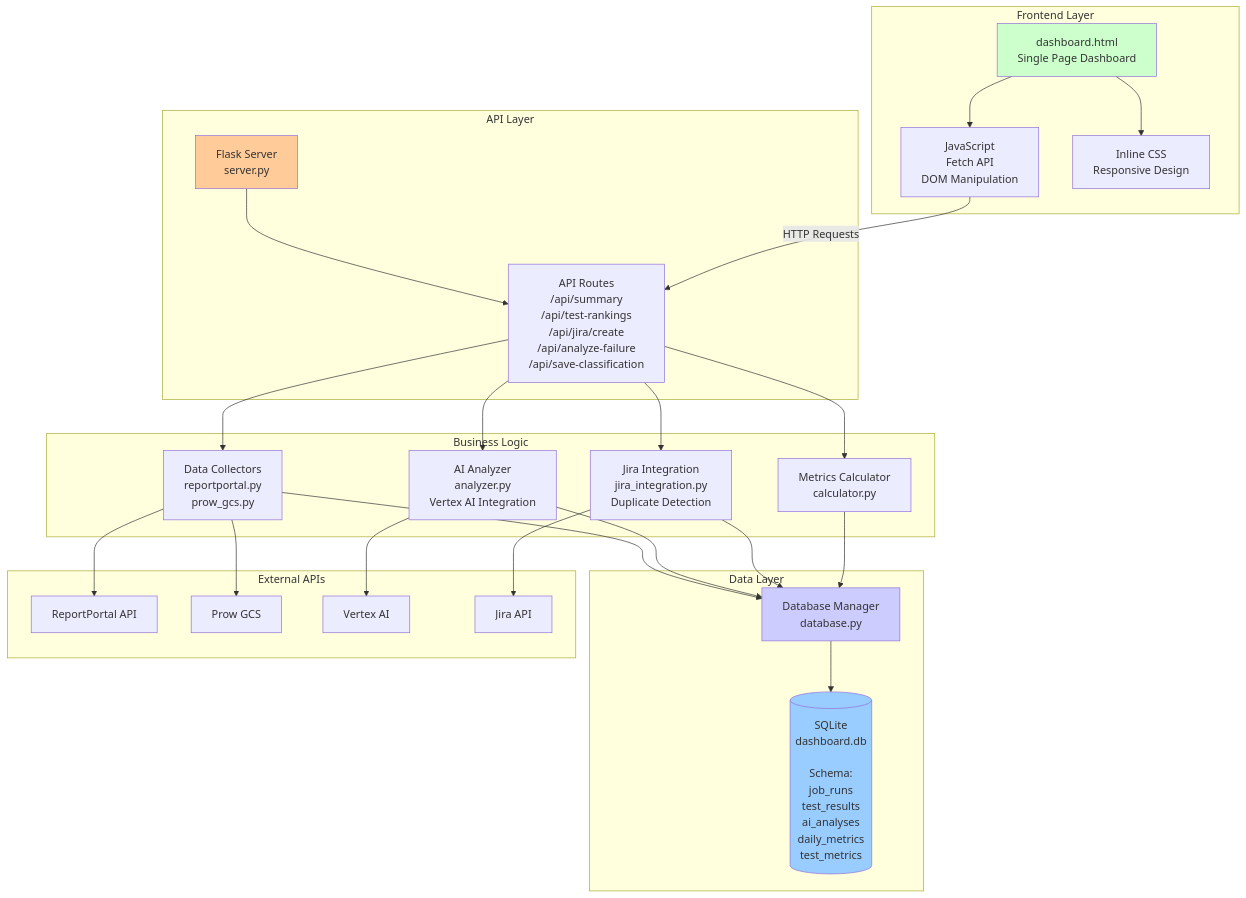
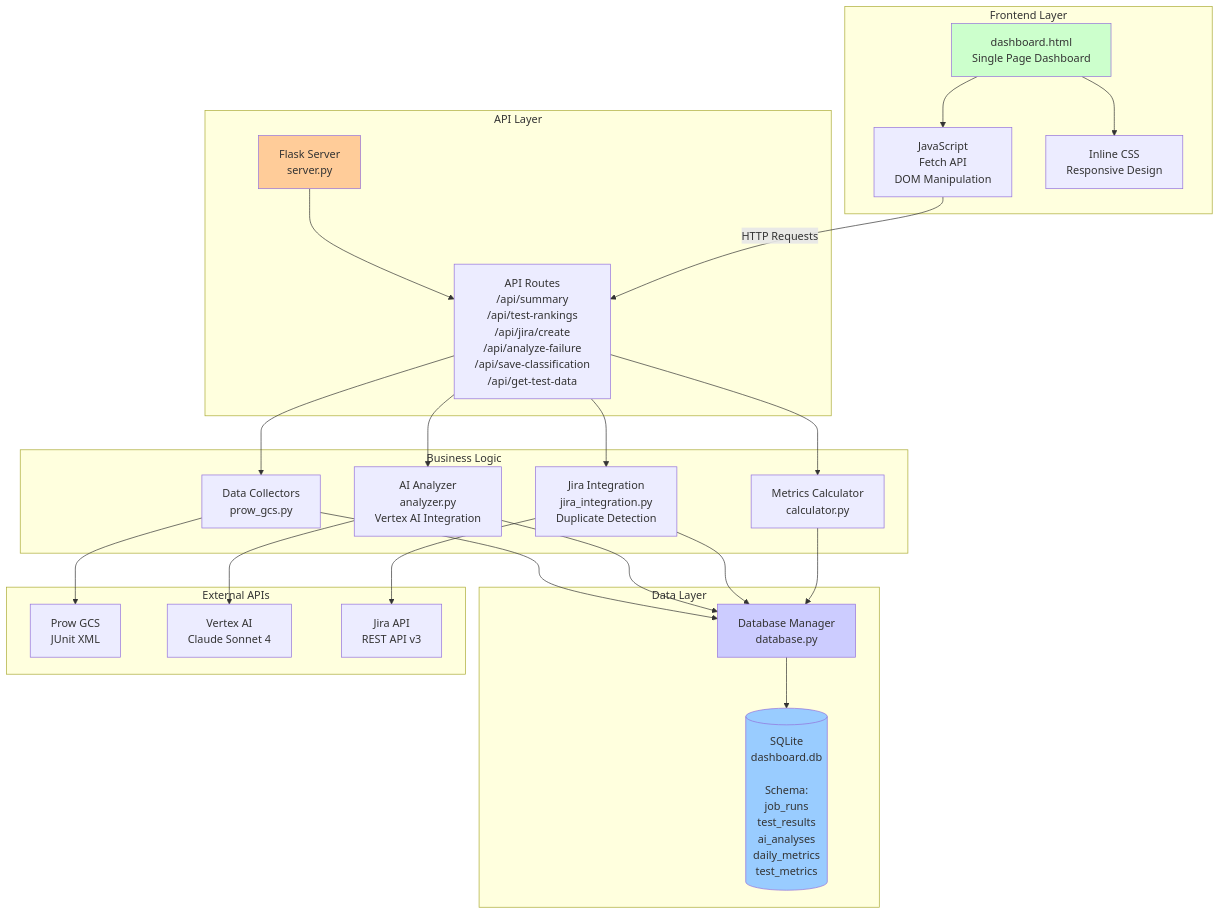
The diagram in diagrams/component-architecture.mmd (redhat-community-ai-tools/ci-dashboard-tracker), drawn with Mermaid before and after one commit. The commit also changed 6 other files, not shown here.

First line of the commit message:
Simplify architecture: single dashboard deployment, remove ReportPortal, add CronJob

```diff
--- a/diagrams/component-architecture.mmd
+++ b/diagrams/component-architecture.mmd
@@ -1,58 +1,56 @@
 graph TB
     subgraph "Frontend Layer"
         HTML[dashboard.html<br/>Single Page Dashboard]
         JS[JavaScript<br/>Fetch API<br/>DOM Manipulation]
         CSS[Inline CSS<br/>Responsive Design]
 
         HTML --> JS
         HTML --> CSS
     end
 
     subgraph "API Layer"
         Flask[Flask Server<br/>server.py]
-        Routes[API Routes<br/>/api/summary<br/>/api/test-rankings<br/>/api/jira/create<br/>/api/analyze-failure<br/>/api/save-classification]
+        Routes[API Routes<br/>/api/summary<br/>/api/test-rankings<br/>/api/jira/create<br/>/api/analyze-failure<br/>/api/save-classification<br/>/api/get-test-data]
 
         Flask --> Routes
     end
 
     subgraph "Business Logic"
-        Collectors[Data Collectors<br/>reportportal.py<br/>prow_gcs.py]
+        Collectors[Data Collectors<br/>prow_gcs.py]
         AIAnalyzer[AI Analyzer<br/>analyzer.py<br/>Vertex AI Integration]
         JiraIntegration[Jira Integration<br/>jira_integration.py<br/>Duplicate Detection]
         Metrics[Metrics Calculator<br/>calculator.py]
 
         Routes --> Collectors
         Routes --> AIAnalyzer
         Routes --> JiraIntegration
         Routes --> Metrics
     end
 
     subgraph "Data Layer"
         DB[Database Manager<br/>database.py]
         SQLite[(SQLite<br/>dashboard.db<br/><br/>Schema:<br/>job_runs<br/>test_results<br/>ai_analyses<br/>daily_metrics<br/>test_metrics)]
 
         DB --> SQLite
     end
 
     subgraph "External APIs"
-        RP[ReportPortal API]
-        GCS[Prow GCS]
-        Vertex[Vertex AI]
-        Jira[Jira API]
+        GCS[Prow GCS<br/>JUnit XML]
+        Vertex[Vertex AI<br/>Claude Sonnet 4]
+        Jira[Jira API<br/>REST API v3]
     end
 
     JS -->|HTTP Requests| Routes
     Collectors --> DB
     AIAnalyzer --> DB
     JiraIntegration --> DB
     Metrics --> DB
 
-    Collectors --> RP
     Collectors --> GCS
     AIAnalyzer --> Vertex
     JiraIntegration --> Jira
 
     style SQLite fill:#99ccff
     style DB fill:#ccccff
     style Flask fill:#ffcc99
     style HTML fill:#ccffcc
```
